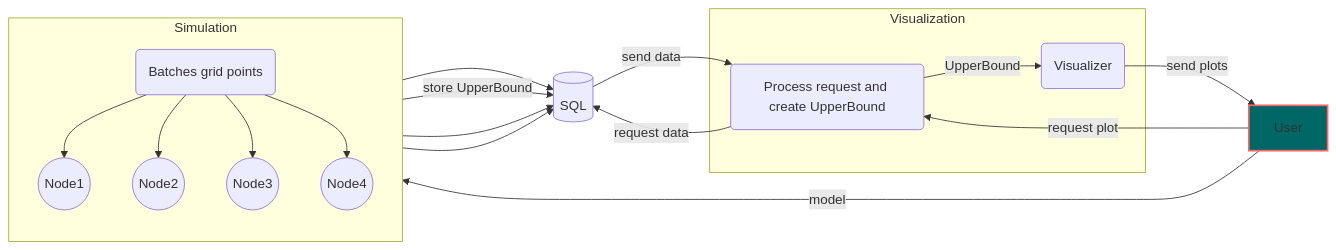
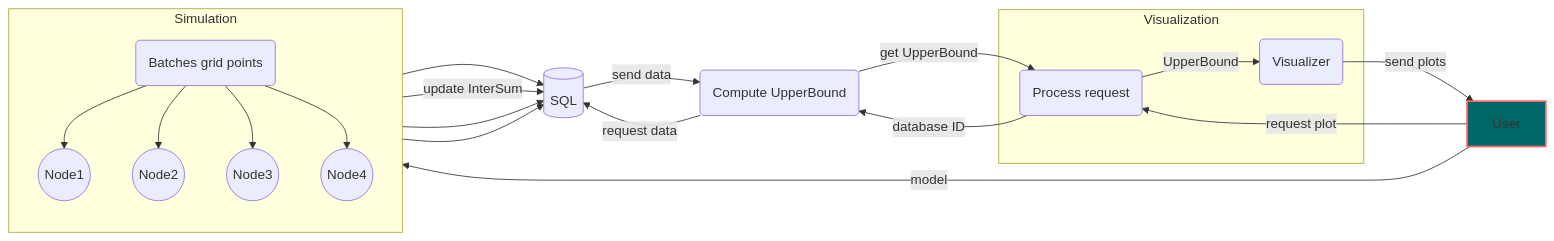
Before and after one commit to constinit/imprint: the diagram in docs/framework_flowchart.md, drawn with Mermaid. The commit also changed other lines of this file, not shown here.

Commit message:
Update flowchart with clearer vis subgraph

````diff
--- a/docs/framework_flowchart.md
+++ b/docs/framework_flowchart.md
@@ -1,30 +3,35 @@
 ```mermaid
 flowchart LR;
     user[User];  
     style user fill:#006666,stroke:#f66,stroke-width:2px
     SQL[(SQL)];
+    ubcomp(Compute UpperBound);
     
     user -->|model| driver;
     subgraph subg_sim [Simulation];
     direction TB;
     driver(Batches grid points);
     driver --> Node1((Node1));
     driver --> Node2((Node2));
     driver --> Node3((Node3));
     driver --> Node4((Node4));
     end;
     Node1 --> SQL;
-    Node2 --> |store UpperBound| SQL;
+    Node2 --> |update InterSum| SQL;
     Node3 --> SQL;
     Node4 --> SQL;
     
     user --> |request plot| visproc;
     subgraph subg_vis [Visualization];
-    visproc(Process request and create UpperBound);
+    visproc(Process request);
     visualizer(Visualizer);
     visproc -->|UpperBound| visualizer;
     end;
-    visproc --> |request data| SQL;
-    SQL --> |send data| visproc;
+    visproc --> |database ID| ubcomp;
+    ubcomp --> |get UpperBound| visproc;
     visualizer --> |send plots| user;
+    
+    ubcomp --> |request data| SQL;
+    SQL --> |send data| ubcomp;
+    
 ```
````
